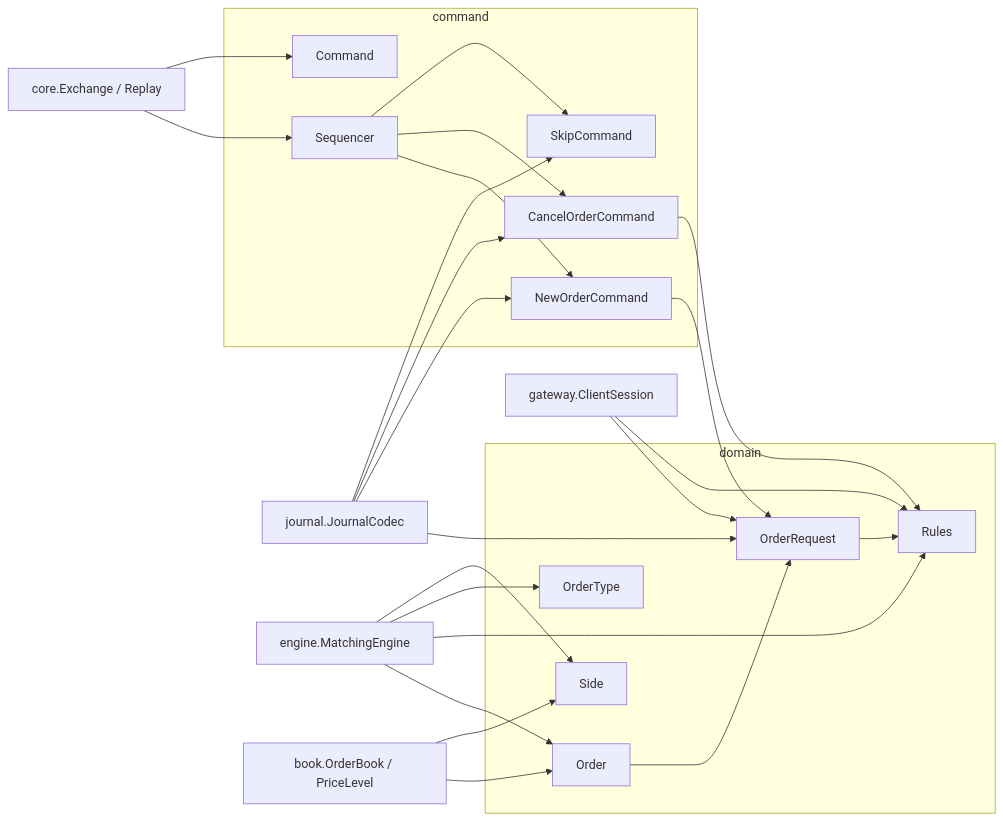
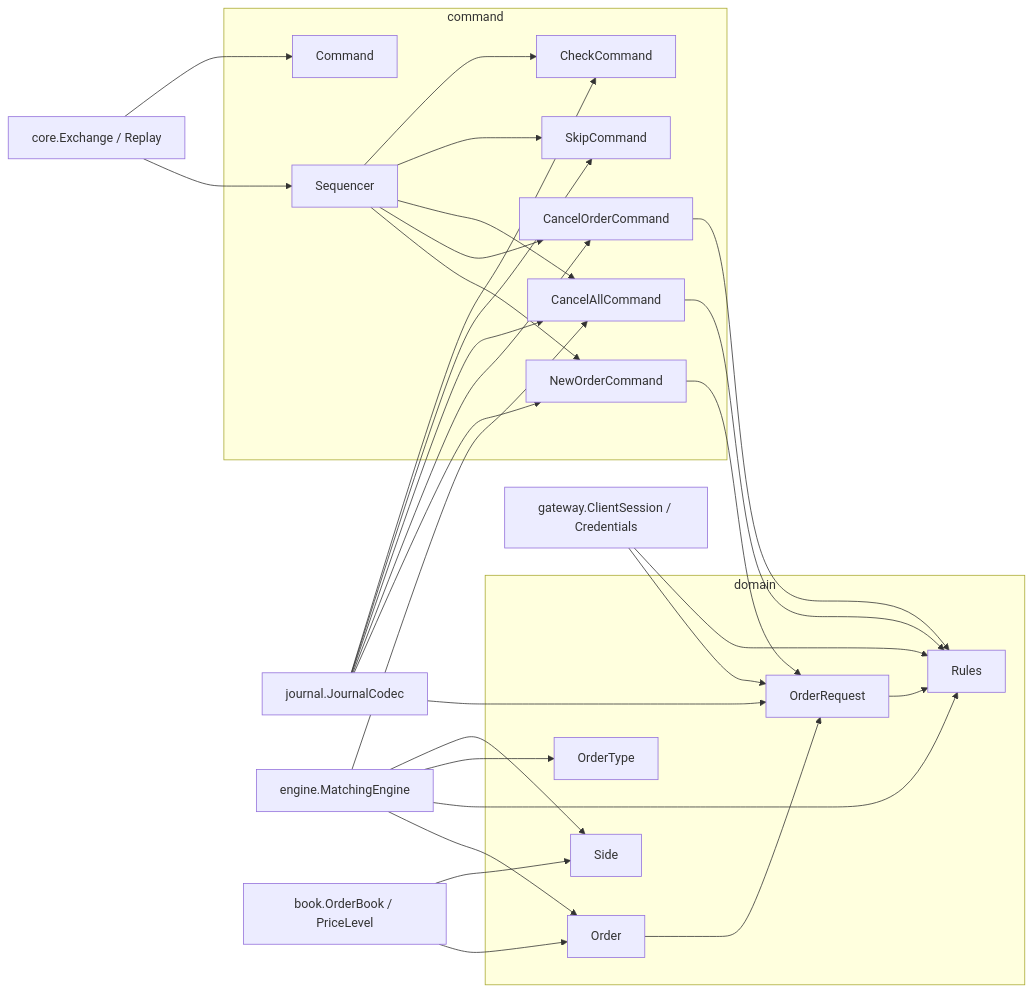
Before and after one commit to SampannaNampalli/ExchangeSystem: the third of 3 diagrams in docs/understanding/07-modules/domain-and-commands.md, drawn with Mermaid. The commit also changed other lines of this file and 30 other files, not shown here.

````diff
--- a/docs/understanding/07-modules/domain-and-commands.md
+++ b/docs/understanding/07-modules/domain-and-commands.md
@@ -460,20 +547,21 @@
 ```mermaid
 flowchart LR
     subgraph domain
       Side; OrderType; Rules; OrderRequest; Order
     end
     subgraph command
-      Command; NewOrderCommand; CancelOrderCommand; SkipCommand; Sequencer
+      Command; NewOrderCommand; CancelOrderCommand; CancelAllCommand; SkipCommand; CheckCommand; Sequencer
     end
     OrderRequest --> Rules
     Order --> OrderRequest
     NewOrderCommand --> OrderRequest
     CancelOrderCommand --> Rules
-    Sequencer --> NewOrderCommand & CancelOrderCommand & SkipCommand
-    gateway[gateway.ClientSession] --> OrderRequest
+    CancelAllCommand --> Rules
+    Sequencer --> NewOrderCommand & CancelOrderCommand & CancelAllCommand & SkipCommand & CheckCommand
+    gateway[gateway.ClientSession / Credentials] --> OrderRequest
     gateway --> Rules
-    journal[journal.JournalCodec] --> OrderRequest & NewOrderCommand & CancelOrderCommand & SkipCommand
-    engine[engine.MatchingEngine] --> Order & Rules & OrderType & Side
+    journal[journal.JournalCodec] --> OrderRequest & NewOrderCommand & CancelOrderCommand & CancelAllCommand & SkipCommand & CheckCommand
+    engine[engine.MatchingEngine] --> Order & Rules & OrderType & Side & CancelAllCommand
     book[book.OrderBook / PriceLevel] --> Order & Side
     core[core.Exchange / Replay] --> Sequencer & Command
 ```
````
